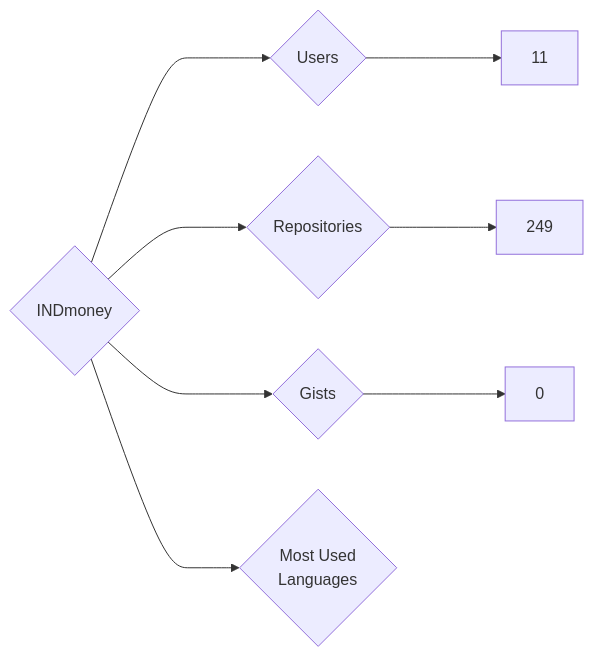
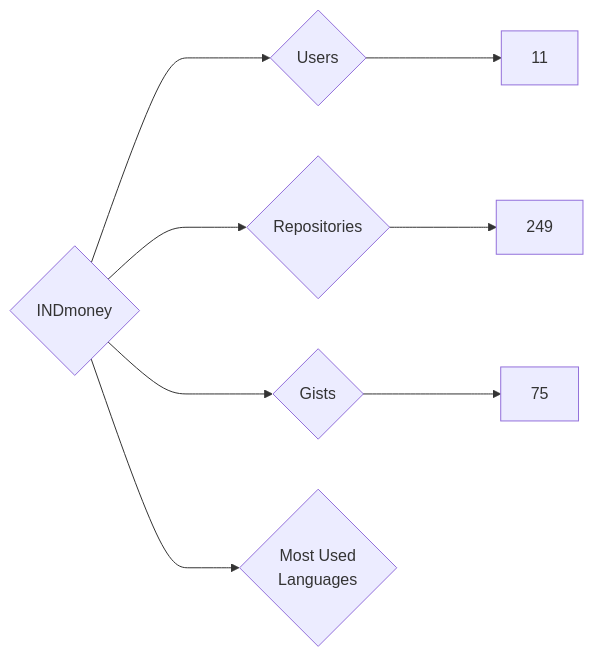
One commit to nenadzaric/insiders changed the diagram in targets/INDmoney/README.md. Above: the diagram before and after it, drawn with Mermaid. The commit also changed 1342 other files, not shown here.

````diff
--- a/targets/INDmoney/README.md
+++ b/targets/INDmoney/README.md
@@ -3,8 +3,8 @@
 ```mermaid
 graph LR
 COMPANY_NAME{INDmoney}
 COMPANY_NAME ---> U{Users} ---> UN[11]
 COMPANY_NAME ---> R{Repositories} ---> RN[249]
-COMPANY_NAME ---> G{Gists} ---> GN[0]
+COMPANY_NAME ---> G{Gists} ---> GN[75]
 COMPANY_NAME ---> ML{Most Used<br>Languages}
 ```
````
